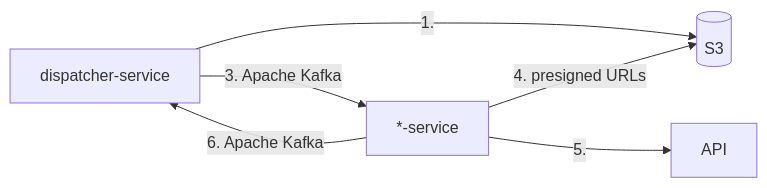
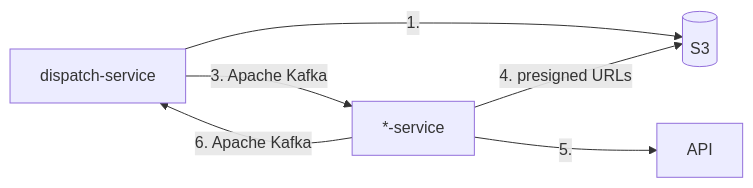
Before and after one commit to it-at-m/swim: the third of 3 diagrams in README.md, drawn with Mermaid. The commit also changed other lines of this file, not shown here.

Commit message:
docs: README unify dispatch naming

````diff
--- a/README.md
+++ b/README.md
@@ -62,7 +62,7 @@
 ```mermaid
 flowchart LR
-    dispatcher[dispatcher-service] -->|1.| s3[(S3)]
-    dispatcher -->|3. Apache Kafka| service[*-service] -->|5.| API
+    dispatch[dispatch-service] -->|1.| s3[(S3)]
+    dispatch -->|3. Apache Kafka| service[*-service] -->|5.| API
     service -->|4. presigned URLs| s3
-    service -->|6. Apache Kafka| dispatcher
+    service -->|6. Apache Kafka| dispatch
 ```
````
